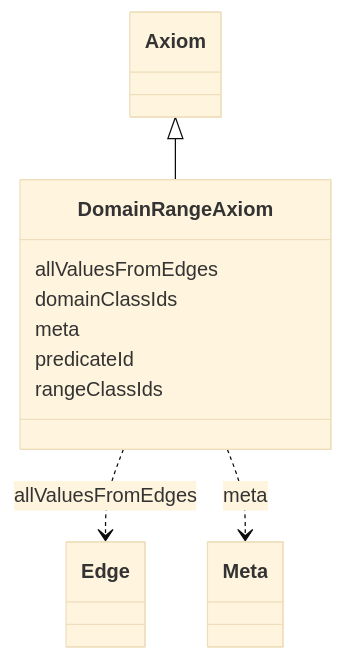
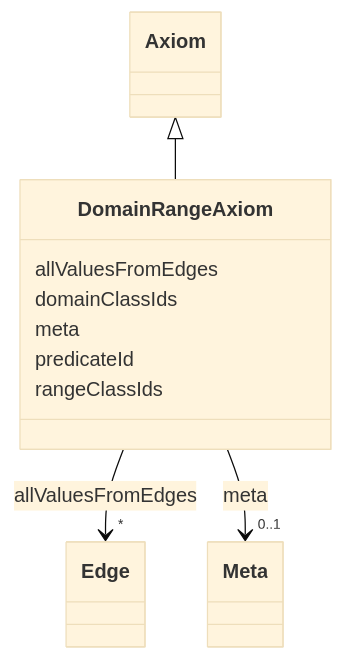
One commit to INCATools/ontology-access-kit changed the diagram in docs/datamodels/obograph/DomainRangeAxiom.md. Above: the diagram before and after it, drawn with Mermaid (base theme). The commit also changed other lines of this file and 23 other files, not shown here.

````diff
--- a/docs/datamodels/obograph/DomainRangeAxiom.md
+++ b/docs/datamodels/obograph/DomainRangeAxiom.md
@@ -11,21 +19,33 @@
-```{mermaid}
+```mermaid
  classDiagram
     class DomainRangeAxiom
+    click DomainRangeAxiom href "../DomainRangeAxiom"
       Axiom <|-- DomainRangeAxiom
+        click Axiom href "../Axiom"
       
       DomainRangeAxiom : allValuesFromEdges
         
-          DomainRangeAxiom ..> Edge : allValuesFromEdges
+          
+    
+    
+    DomainRangeAxiom --> "*" Edge : allValuesFromEdges
+    click Edge href "../Edge"
+
         
       DomainRangeAxiom : domainClassIds
         
       DomainRangeAxiom : meta
         
-          DomainRangeAxiom ..> Meta : meta
+          
+    
+    
+    DomainRangeAxiom --> "0..1" Meta : meta
+    click Meta href "../Meta"
+
         
       DomainRangeAxiom : predicateId
         
       DomainRangeAxiom : rangeClassIds
         
       
 ```
````
